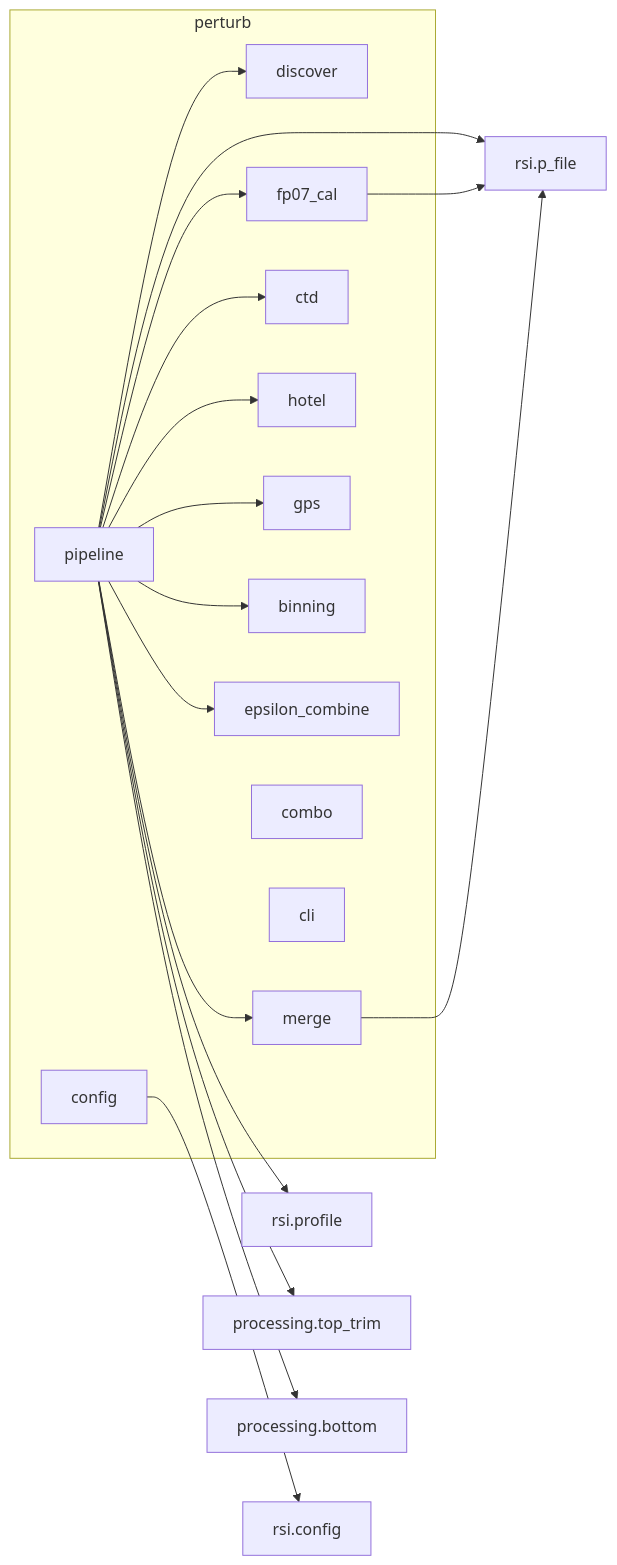
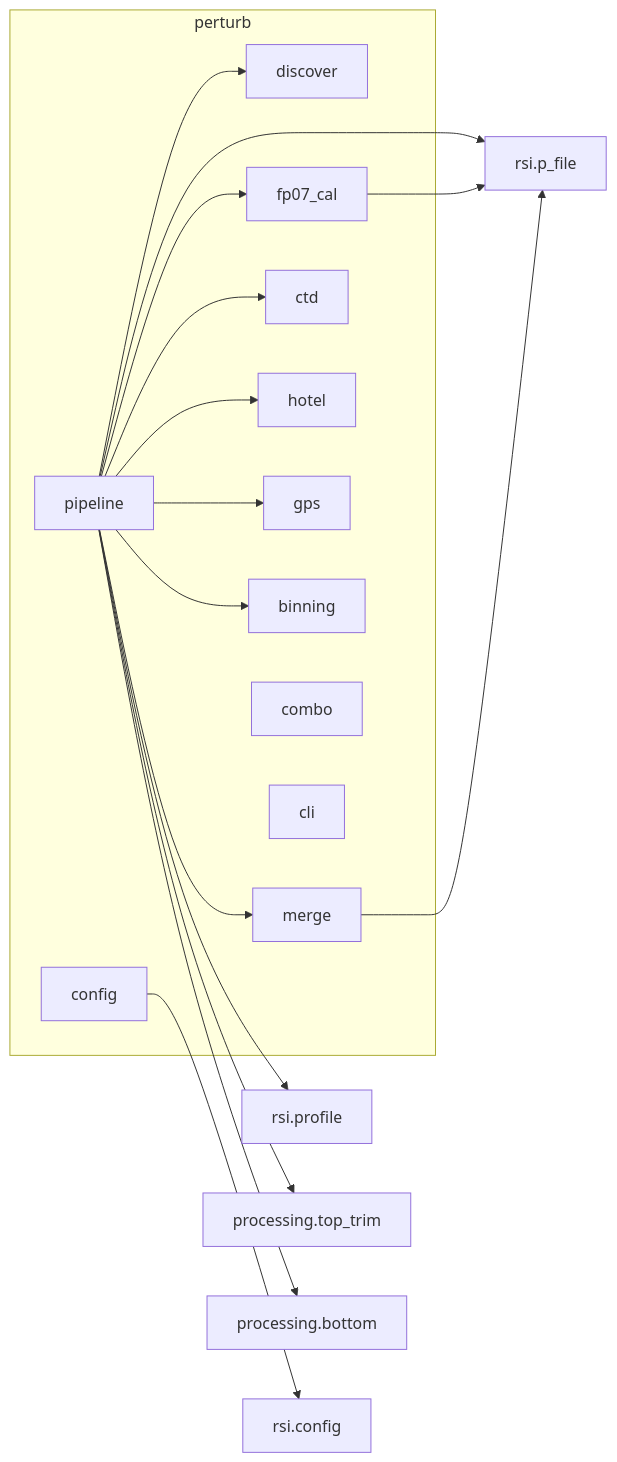
One commit to mousebrains/turbulence changed the fifth of 6 diagrams in docs/ARCHITECTURE.md. Above: the diagram before and after it, drawn with Mermaid. The commit also changed other lines of this file and 10 other files, not shown here.

````diff
--- a/docs/ARCHITECTURE.md
+++ b/docs/ARCHITECTURE.md
@@ -234,23 +230,22 @@
 ```mermaid
 graph LR
     subgraph perturb
         pipeline --> discover
         pipeline --> merge
         pipeline --> fp07_cal
         pipeline --> ctd
         pipeline --> hotel
         pipeline --> gps
         pipeline --> binning
-        pipeline --> epsilon_combine
         combo
         config
         cli
     end
     pipeline --> rsi.p_file
     pipeline --> rsi.profile
     pipeline --> processing.top_trim
     pipeline --> processing.bottom
     fp07_cal --> rsi.p_file
     merge --> rsi.p_file
     config --> rsi.config
 ```
````
